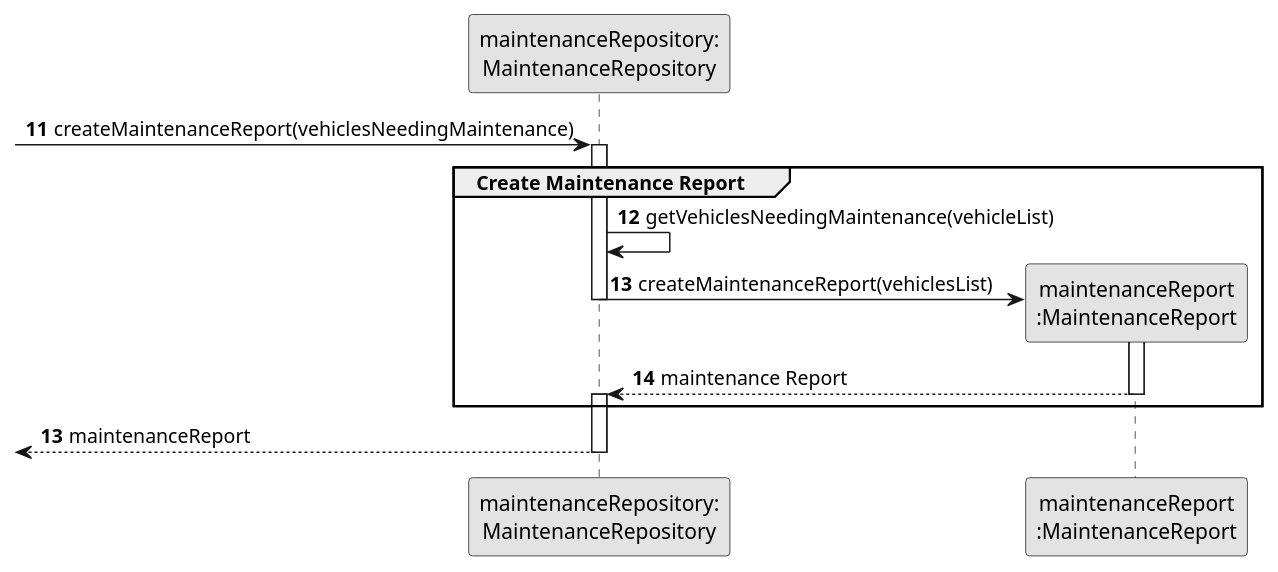
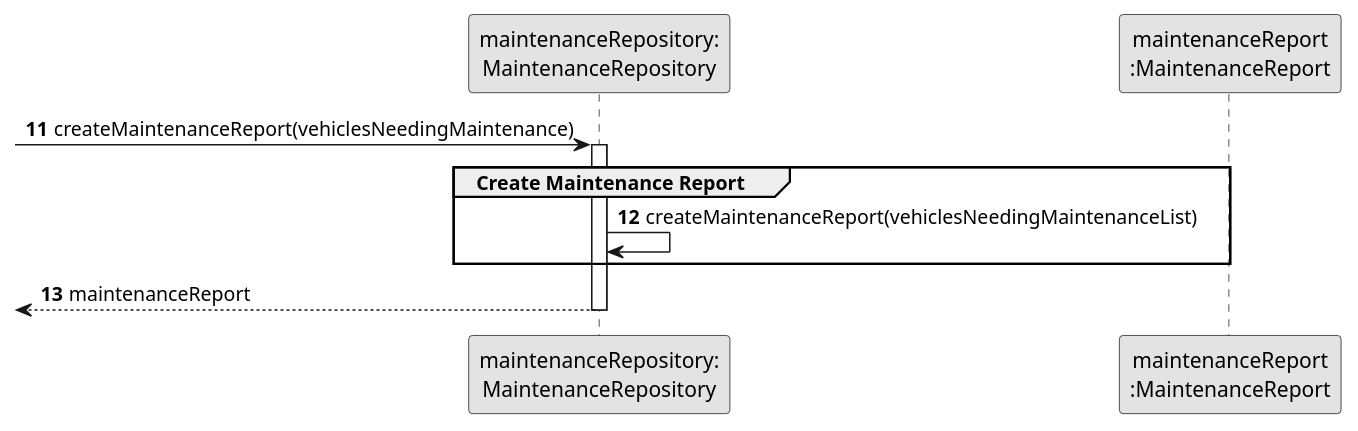
The diagram in docs/sprintB/us008/03.design/puml/us008-sequence-diagram-partial-create-maintenance-report.puml (ricardomm7/leaflink), drawn with PlantUML before and after one commit. The commit also changed 10 other files, not shown here.

Commit message:
Refactor ListMaintenanceController and RegisterVehicleController for clarity and consistency; update sequence diagrams to reflect changes

```diff
--- a/docs/sprintB/us008/03.design/puml/us008-sequence-diagram-partial-create-maintenance-report.puml
+++ b/docs/sprintB/us008/03.design/puml/us008-sequence-diagram-partial-create-maintenance-report.puml
@@ -1,33 +1,26 @@
 @startuml
 skinparam monochrome true
 skinparam packageStyle rectangle
 skinparam shadowing false
 
 participant "maintenanceRepository:\nMaintenanceRepository" as MaintenanceRepository
 participant "maintenanceReport\n:MaintenanceReport" as MaintenanceReport
 
 autonumber 11
 -> MaintenanceRepository : createMaintenanceReport(vehiclesNeedingMaintenance)
 activate MaintenanceRepository
 
     group Create Maintenance Report
 
-        MaintenanceRepository -> MaintenanceRepository: getVehiclesNeedingMaintenance(vehicleList)
+         MaintenanceRepository -> MaintenanceRepository: createMaintenanceReport(vehiclesNeedingMaintenanceList)
 
-        MaintenanceRepository -> MaintenanceReport **: createMaintenanceReport(vehiclesList)
-        deactivate MaintenanceRepository
-        activate MaintenanceReport
 
-        MaintenanceReport --> MaintenanceRepository : maintenance Report
-        deactivate MaintenanceReport
-
-        activate MaintenanceRepository
     end group
 
     autonumber 13
     <-- MaintenanceRepository : maintenanceReport
 
 deactivate MaintenanceRepository
 
 
 @enduml
```
